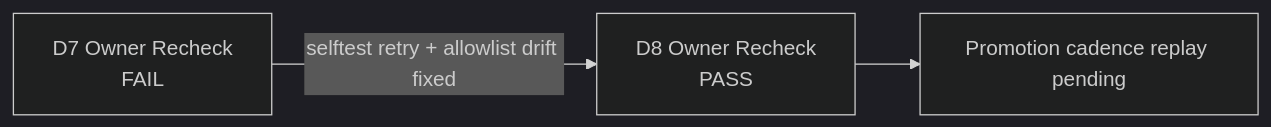
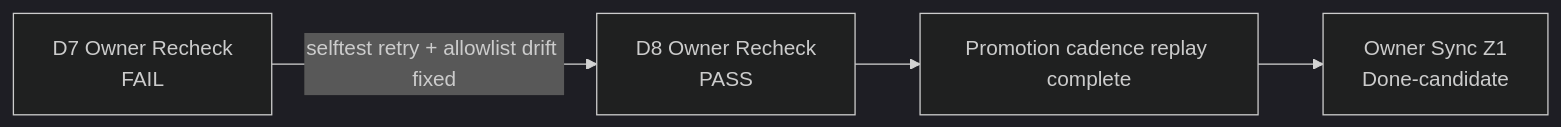
One commit to joshband/LocusQ changed the diagram in Documentation/backlog/bl-035-rt-lock-free-registration.md. Above: the diagram before and after it, drawn with Mermaid (dark theme). The commit also changed other lines of this file and 7 other files, not shown here.

Commit message:
docs(bl-035): advance to done-candidate with T2/T3 evidence

````diff
--- a/Documentation/backlog/bl-035-rt-lock-free-registration.md
+++ b/Documentation/backlog/bl-035-rt-lock-free-registration.md
@@ -52,7 +54,9 @@
 ```mermaid
 flowchart LR
     D7[D7 Owner Recheck
 FAIL] -->|selftest retry + allowlist drift fixed| D8[D8 Owner Recheck
 PASS]
-    D8 --> P[Promotion cadence replay pending]
+    D8 --> P[Promotion cadence replay complete]
+    P --> Z1[Owner Sync Z1
+Done-candidate]
 ```
````
